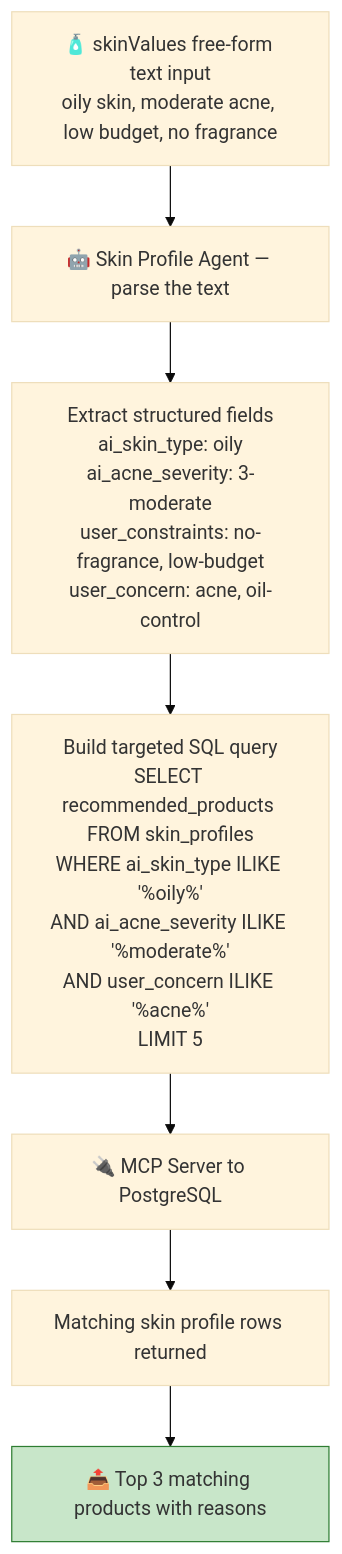
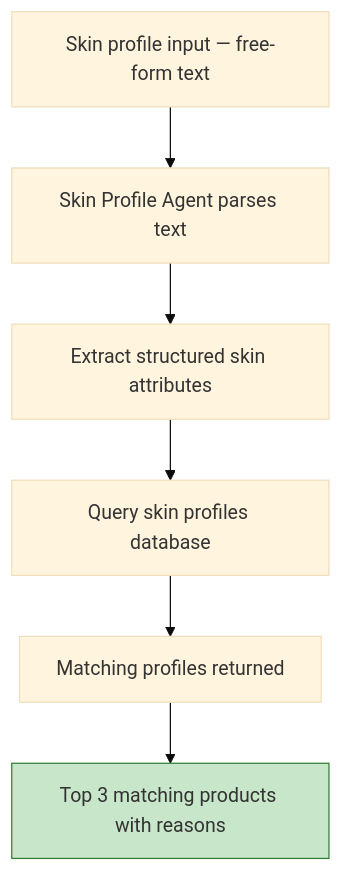
Before and after one commit to harshbhaskerwar/markdown-tests: diagram 13 of 16 in README.md, drawn with Mermaid (base theme). The commit also changed other lines of this file, not shown here.

````diff
--- a/README.md
+++ b/README.md
@@ -608,15 +549,10 @@
 ```mermaid
 flowchart TD
-    SKIN_IN["🧴 skinValues free-form text input\noily skin, moderate acne, low budget, no fragrance"]
-    
-    SKIN_IN --> PARSE_SKIN["🤖 Skin Profile Agent — parse the text"]
-    PARSE_SKIN --> EXTRACT_FIELDS["Extract structured fields\nai_skin_type: oily\nai_acne_severity: 3-moderate\nuser_constraints: no-fragrance, low-budget\nuser_concern: acne, oil-control"]
-
-    EXTRACT_FIELDS --> BUILD_SQL["Build targeted SQL query\nSELECT recommended_products FROM skin_profiles\nWHERE ai_skin_type ILIKE '%oily%'\nAND ai_acne_severity ILIKE '%moderate%'\nAND user_concern ILIKE '%acne%'\nLIMIT 5"]
-
-    BUILD_SQL --> MCP_CALL["🔌 MCP Server to PostgreSQL"]
-    MCP_CALL --> RESULTS["Matching skin profile rows returned"]
-    RESULTS --> TOP3["📤 Top 3 matching products with reasons"]
+    SKIN_IN["Skin profile input — free-form text"] --> PARSE_SKIN["Skin Profile Agent parses text"]
+    PARSE_SKIN --> EXTRACT_FIELDS["Extract structured skin attributes"]
+    EXTRACT_FIELDS --> DB_QUERY["Query skin profiles database"]
+    DB_QUERY --> RESULTS["Matching profiles returned"]
+    RESULTS --> TOP3["Top 3 matching products with reasons"]
 
     style TOP3 fill:#c8e6c9,stroke:#2e7d32
 ```
````
